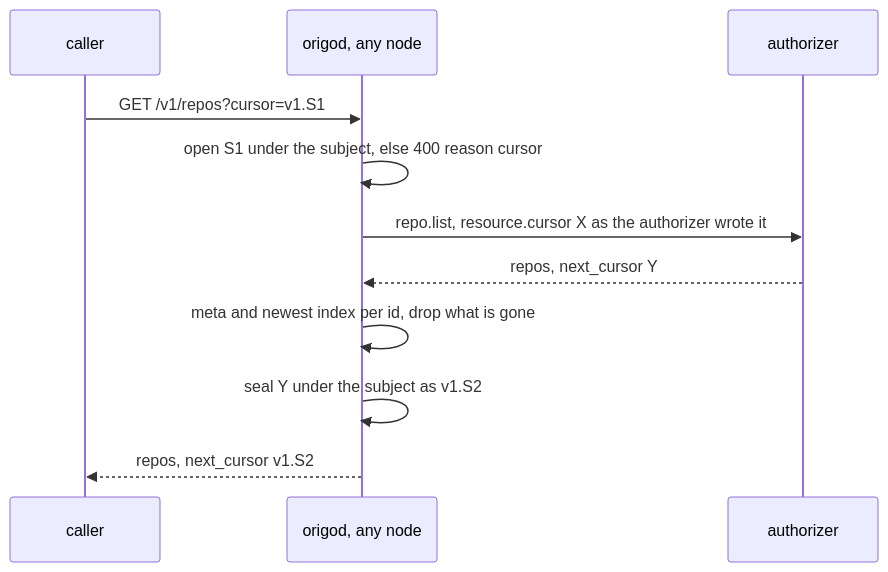
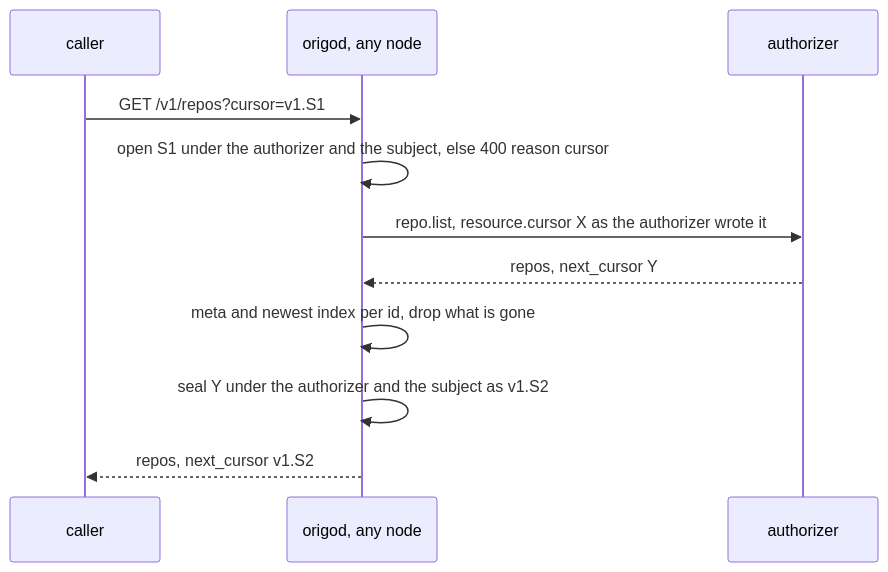
One commit to latere-ai/origo changed the second of 5 diagrams in specs/031-directory-cursor.md. Above: the diagram before and after it, drawn with Mermaid. The commit also changed other lines of this file and 1 other file, not shown here.

Commit message:
specs: 031 takes the review: a typed cursor refusal, two releases, the generated documents, and owners as a second contract change

````diff
--- a/specs/031-directory-cursor.md
+++ b/specs/031-directory-cursor.md
@@ -329,13 +363,13 @@
 ```mermaid
 sequenceDiagram
   participant C as caller
   participant N as origod, any node
   participant A as authorizer
   C->>N: GET /v1/repos?cursor=v1.S1
-  N->>N: open S1 under the subject, else 400 reason cursor
+  N->>N: open S1 under the authorizer and the subject, else 400 reason cursor
   N->>A: repo.list, resource.cursor X as the authorizer wrote it
   A-->>N: repos, next_cursor Y
   N->>N: meta and newest index per id, drop what is gone
-  N->>N: seal Y under the subject as v1.S2
+  N->>N: seal Y under the authorizer and the subject as v1.S2
   N-->>C: repos, next_cursor v1.S2
 ```
````
